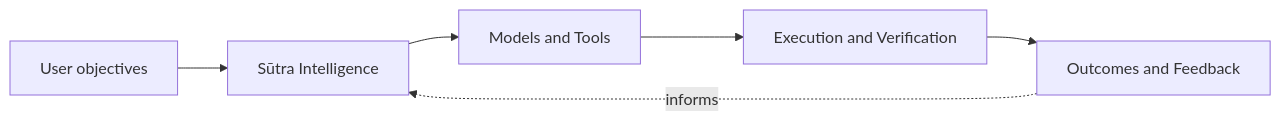
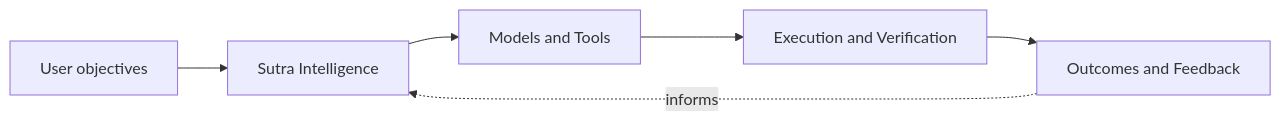
The diagram in README.md (rishavm713-create/sutra-intelligence-site), drawn with Mermaid before and after one commit. The commit also changed other lines of this file and 8 other files, not shown here.

````diff
--- a/README.md
+++ b/README.md
@@ -159,8 +159,8 @@
 ```mermaid
 flowchart LR
-    A["User objectives"] --> B["Sūtra Intelligence"]
+    A["User objectives"] --> B["Sutra Intelligence"]
     B --> C["Models and Tools"]
     C --> D["Execution and Verification"]
     D --> E["Outcomes and Feedback"]
     E -. informs .-> B
 ```
````
